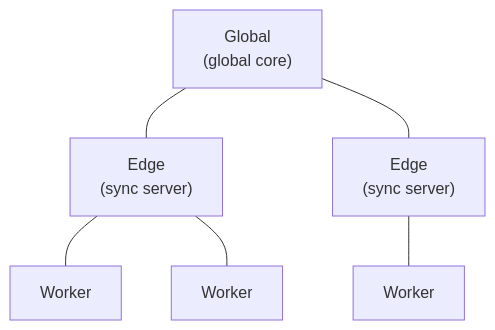
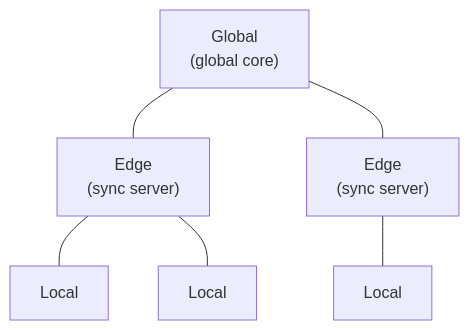
One commit to garden-co/jazz changed the diagram in docs/content/docs/concepts/how-sync-works.mdx. Above: the diagram before and after it, drawn with Mermaid. The commit also changed other lines of this file and 66 other files, not shown here.

Commit message:
rename worker tier to local

````diff
--- a/docs/content/docs/concepts/how-sync-works.mdx
+++ b/docs/content/docs/concepts/how-sync-works.mdx
@@ -65,6 +65,6 @@
 ```mermaid
 graph TD
     G["Global\n(global core)"] --- E1["Edge\n(sync server)"] & E2["Edge\n(sync server)"]
-    E1 --- W1["Worker"] & W2["Worker"]
-    E2 --- W3["Worker"]
+    E1 --- W1["Local"] & W2["Local"]
+    E2 --- W3["Local"]
 ```
````
